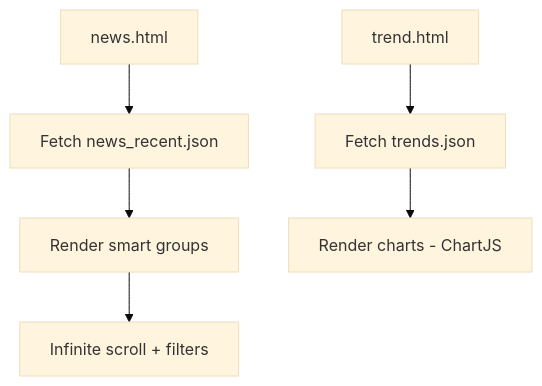
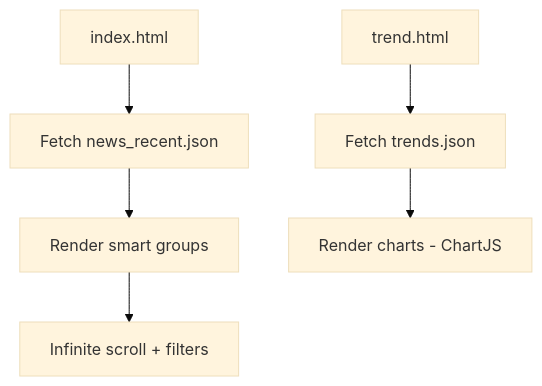
Before and after one commit to clivoa/S33R: the third of 3 diagrams in README.md, drawn with Mermaid (base theme). The commit also changed other lines of this file and 114 other files, not shown here.

````diff
--- a/README.md
+++ b/README.md
@@ -115,8 +115,8 @@
 ```mermaid
 flowchart TD
-    A[news.html] --> B[Fetch news_recent.json]
+    A[index.html] --> B[Fetch news_recent.json]
     B --> C[Render smart groups]
     C --> D[Infinite scroll + filters]
     E[trend.html] --> F[Fetch trends.json]
     F --> G[Render charts - ChartJS]
 ```
````
